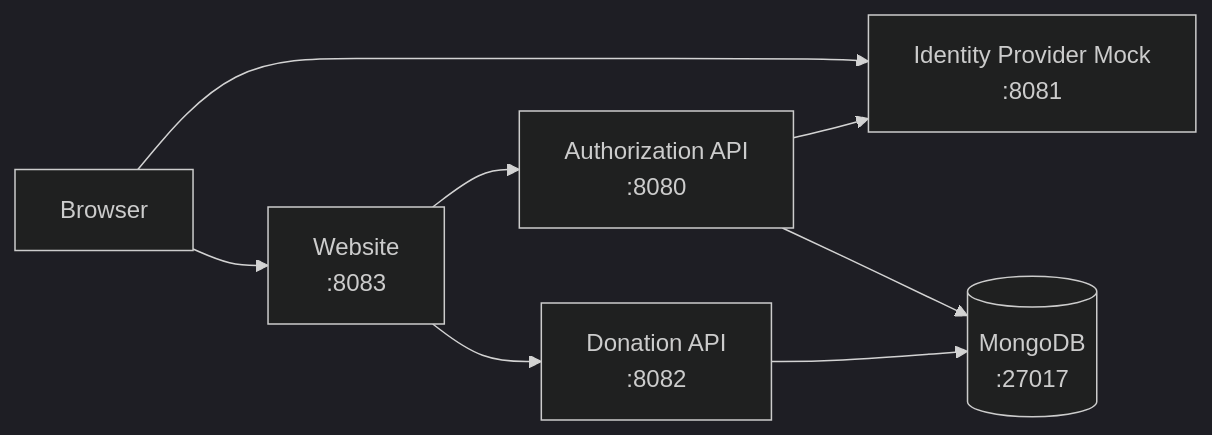
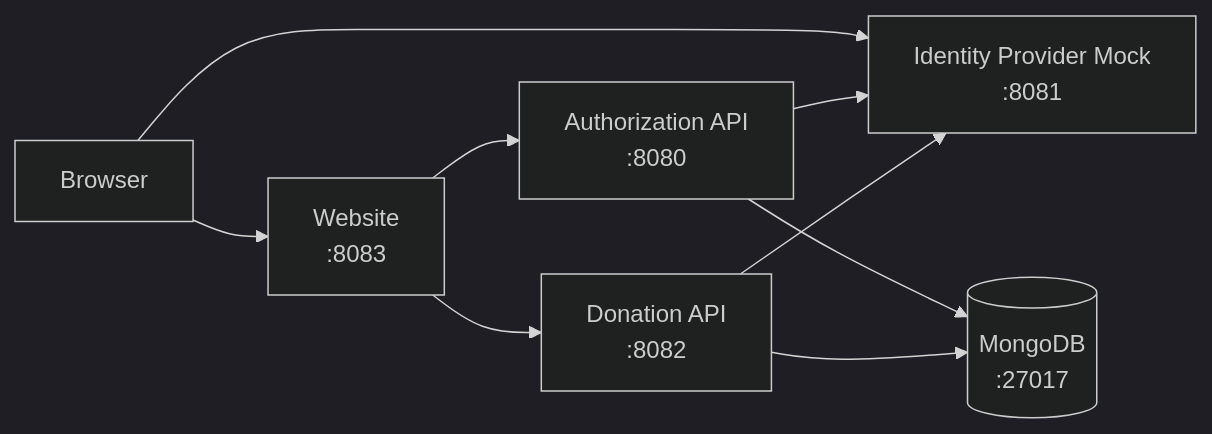
The first of 2 diagrams in docs/current/deployment-status.md (wouterfennis/TimeForCode), drawn with Mermaid (dark theme) before and after one commit. The commit also changed other lines of this file and 38 other files, not shown here.

Commit message:
Mock GitHub API locally, add GithubService unit tests, and real-GitHub compose mode (#36)

````diff
--- a/docs/current/deployment-status.md
+++ b/docs/current/deployment-status.md
@@ -36,17 +36,18 @@
 ```mermaid
 graph LR
     Browser["Browser"]
     Website["Website\n:8083"]
     AuthAPI["Authorization API\n:8080"]
     DonationAPI["Donation API\n:8082"]
     IdpMock["Identity Provider Mock\n:8081"]
     Mongo[("MongoDB\n:27017")]
 
     Browser --> Website
     Browser --> IdpMock
     Website --> AuthAPI
     Website --> DonationAPI
     AuthAPI --> IdpMock
     AuthAPI --> Mongo
+    DonationAPI --> IdpMock
     DonationAPI --> Mongo
 ```
````
